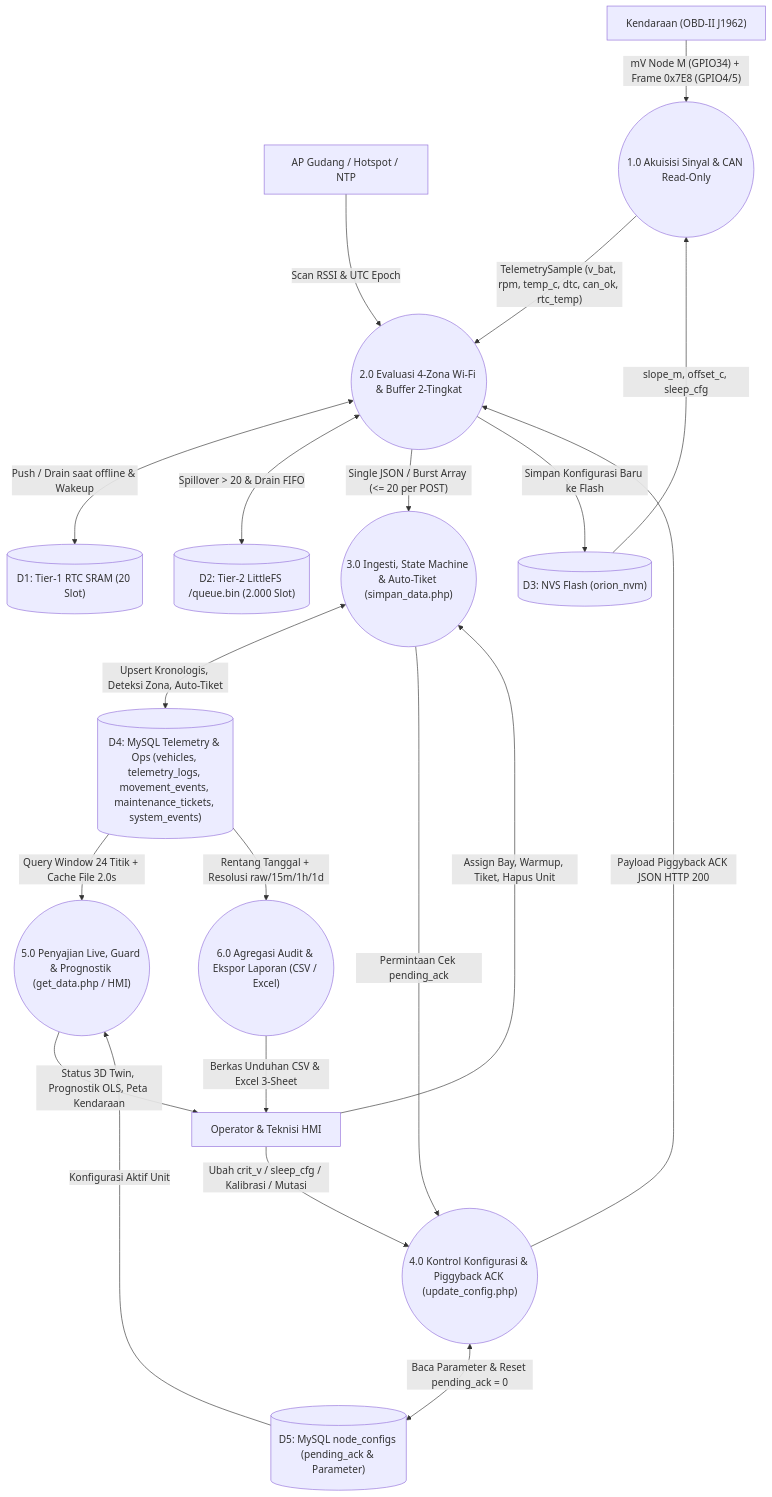
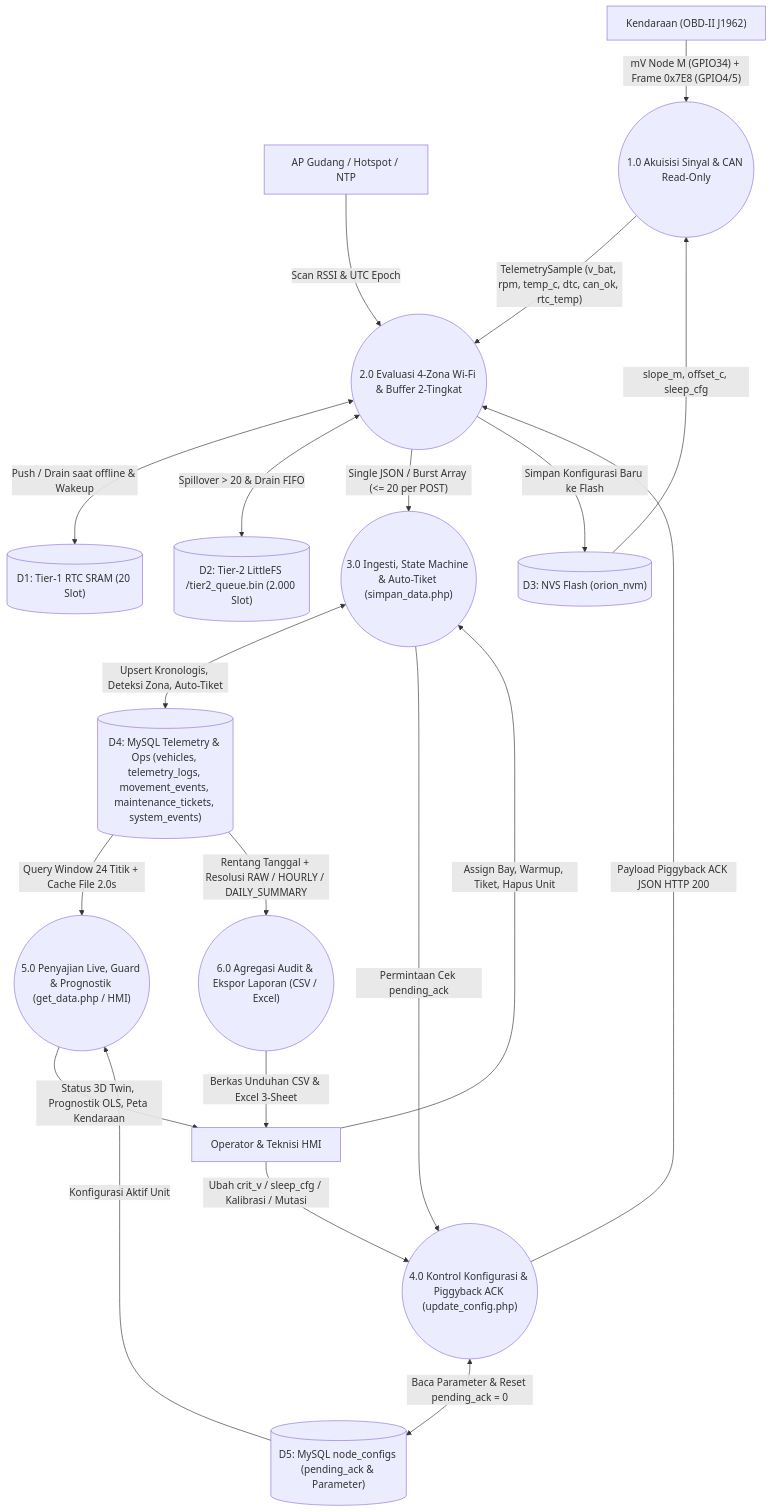
Before and after one commit to Syzafid/OrionTelemetry: the second of 4 diagrams in docs/docs/architecture/data-flow-dfd.md, drawn with Mermaid. The commit also changed other lines of this file and 9 other files, not shown here.

````diff
--- a/docs/docs/architecture/data-flow-dfd.md
+++ b/docs/docs/architecture/data-flow-dfd.md
@@ -50,43 +50,43 @@
 ```mermaid
 flowchart TD
   VEH["Kendaraan (OBD-II J1962)"]
   NTP["AP Gudang / Hotspot / NTP"]
   USR["Operator & Teknisi HMI"]
 
   P1(("1.0 Akuisisi Sinyal & CAN Read-Only"))
   P2(("2.0 Evaluasi 4-Zona Wi-Fi & Buffer 2-Tingkat"))
   P3(("3.0 Ingesti, State Machine & Auto-Tiket (simpan_data.php)"))
   P4(("4.0 Kontrol Konfigurasi & Piggyback ACK (update_config.php)"))
   P5(("5.0 Penyajian Live, Guard & Prognostik (get_data.php / HMI)"))
   P6(("6.0 Agregasi Audit & Ekspor Laporan (CSV / Excel)"))
 
   D1[("D1: Tier-1 RTC SRAM (20 Slot)")]
-  D2[("D2: Tier-2 LittleFS /queue.bin (2.000 Slot)")]
+  D2[("D2: Tier-2 LittleFS /tier2_queue.bin (2.000 Slot)")]
   D3[("D3: NVS Flash (orion_nvm)")]
   D4[("D4: MySQL Telemetry & Ops (vehicles, telemetry_logs, movement_events, maintenance_tickets, system_events)")]
   D5[("D5: MySQL node_configs (pending_ack & Parameter)")]
 
   VEH -->|"mV Node M (GPIO34) + Frame 0x7E8 (GPIO4/5)"| P1
   D3 -->|"slope_m, offset_c, sleep_cfg"| P1
   P1 -->|"TelemetrySample (v_bat, rpm, temp_c, dtc, can_ok, rtc_temp)"| P2
 
   NTP -->|"Scan RSSI & UTC Epoch"| P2
   P2 <-->|"Push / Drain saat offline & Wakeup"| D1
   P2 <-->|"Spillover > 20 & Drain FIFO"| D2
 
   P2 -->|"Single JSON / Burst Array (<= 20 per POST)"| P3
   P3 <-->|"Upsert Kronologis, Deteksi Zona, Auto-Tiket"| D4
   P3 -->|"Permintaan Cek pending_ack"| P4
   P4 <-->|"Baca Parameter & Reset pending_ack = 0"| D5
   P4 -->|"Payload Piggyback ACK JSON HTTP 200"| P2
   P2 -->|"Simpan Konfigurasi Baru ke Flash"| D3
 
   USR -->|"Ubah crit_v / sleep_cfg / Kalibrasi / Mutasi"| P4
   USR -->|"Assign Bay, Warmup, Tiket, Hapus Unit"| P3
   D4 -->|"Query Window 24 Titik + Cache File 2.0s"| P5
   D5 -->|"Konfigurasi Aktif Unit"| P5
   P5 -->|"Status 3D Twin, Prognostik OLS, Peta Kendaraan"| USR
 
-  D4 -->|"Rentang Tanggal + Resolusi raw/15m/1h/1d"| P6
+  D4 -->|"Rentang Tanggal + Resolusi RAW / HOURLY / DAILY_SUMMARY"| P6
   P6 -->|"Berkas Unduhan CSV & Excel 3-Sheet"| USR
 ```
````
